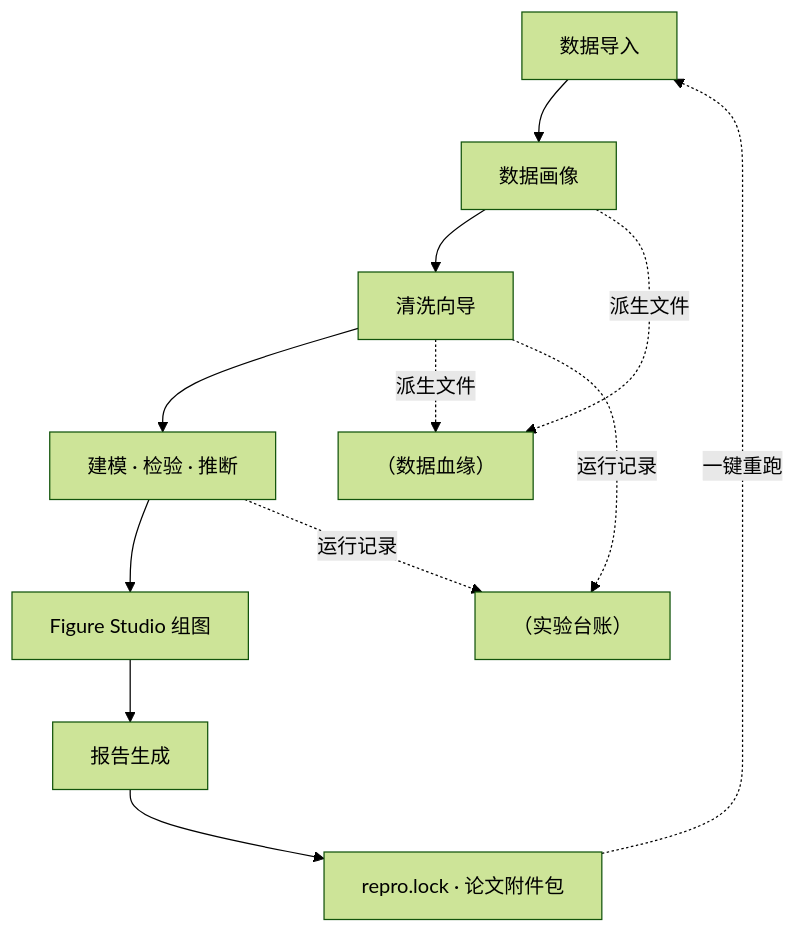
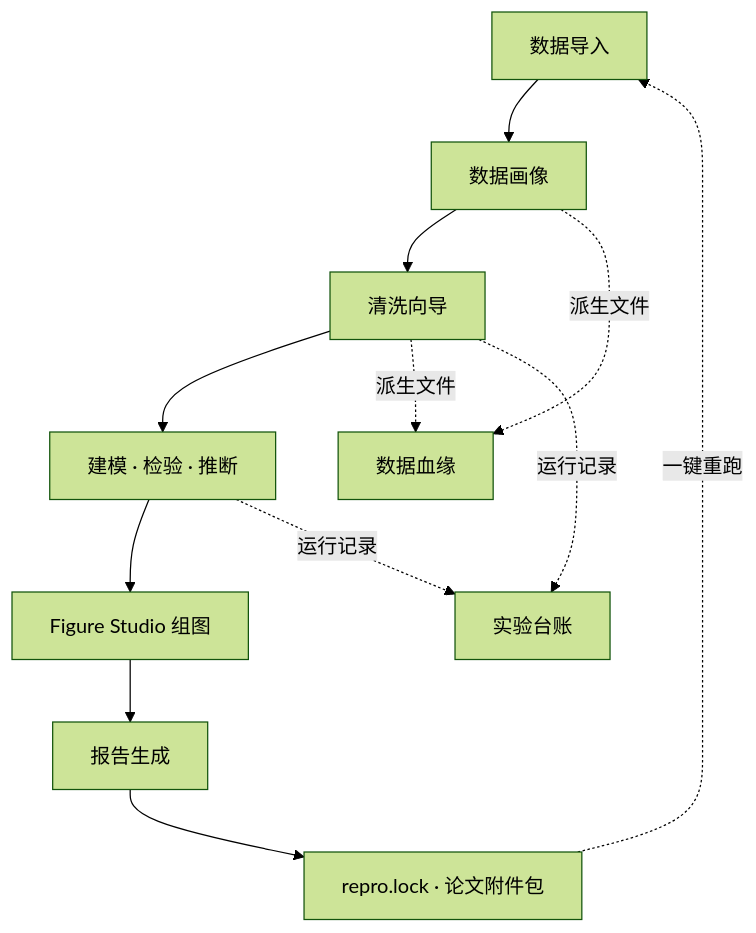
Before and after one commit to SnowLeopard-io/ErgalicsStudio: the second of 2 diagrams in docs/product/Ergalics-Studio.md, drawn with Mermaid (forest theme). The commit also changed other lines of this file and 3 other files, not shown here.

````diff
--- a/docs/product/Ergalics-Studio.md
+++ b/docs/product/Ergalics-Studio.md
@@ -281,14 +281,14 @@
 ```mermaid
 flowchart TD
   A[数据导入] --> B[数据画像]
   B --> C[清洗向导]
   C --> D[建模 · 检验 · 推断]
   D --> E[Figure Studio 组图]
   E --> F[报告生成]
   F --> G[repro.lock · 论文附件包]
-  B -.派生文件.-> N[（数据血缘）]
+  B -.派生文件.-> N[数据血缘]
   C -.派生文件.-> N
-  C -.运行记录.-> L[（实验台账）]
+  C -.运行记录.-> L[实验台账]
   D -.运行记录.-> L
   G -. 一键重跑 .-> A
 ```
````
